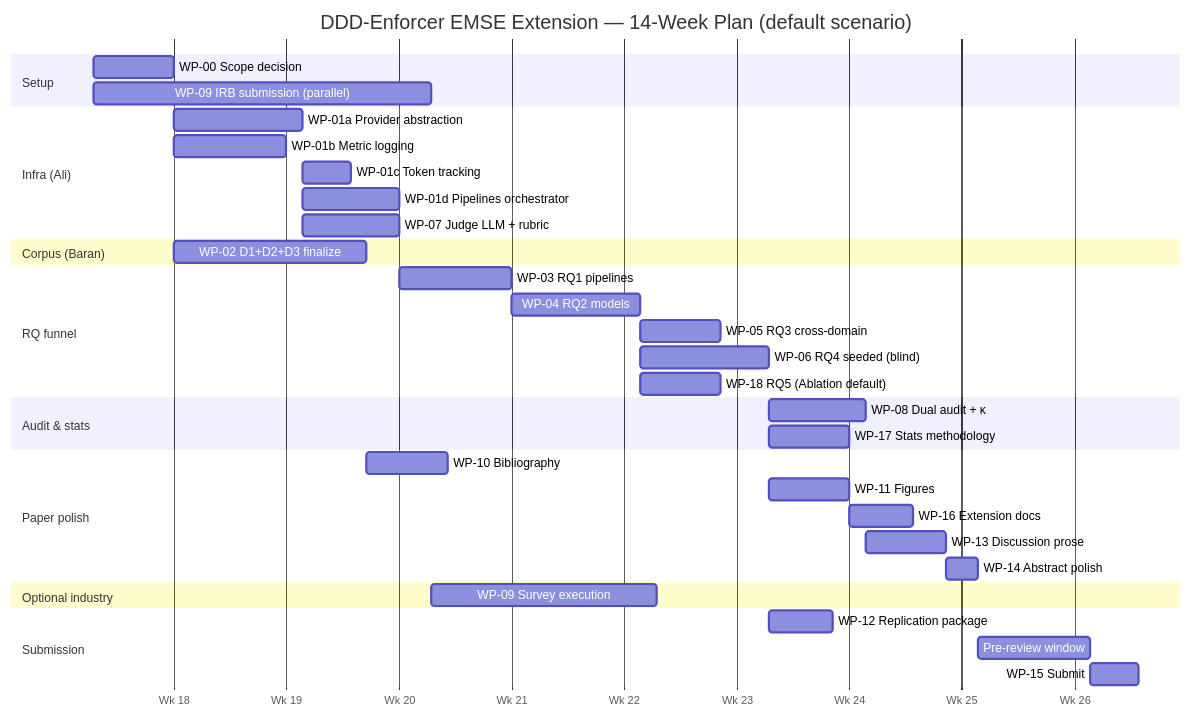
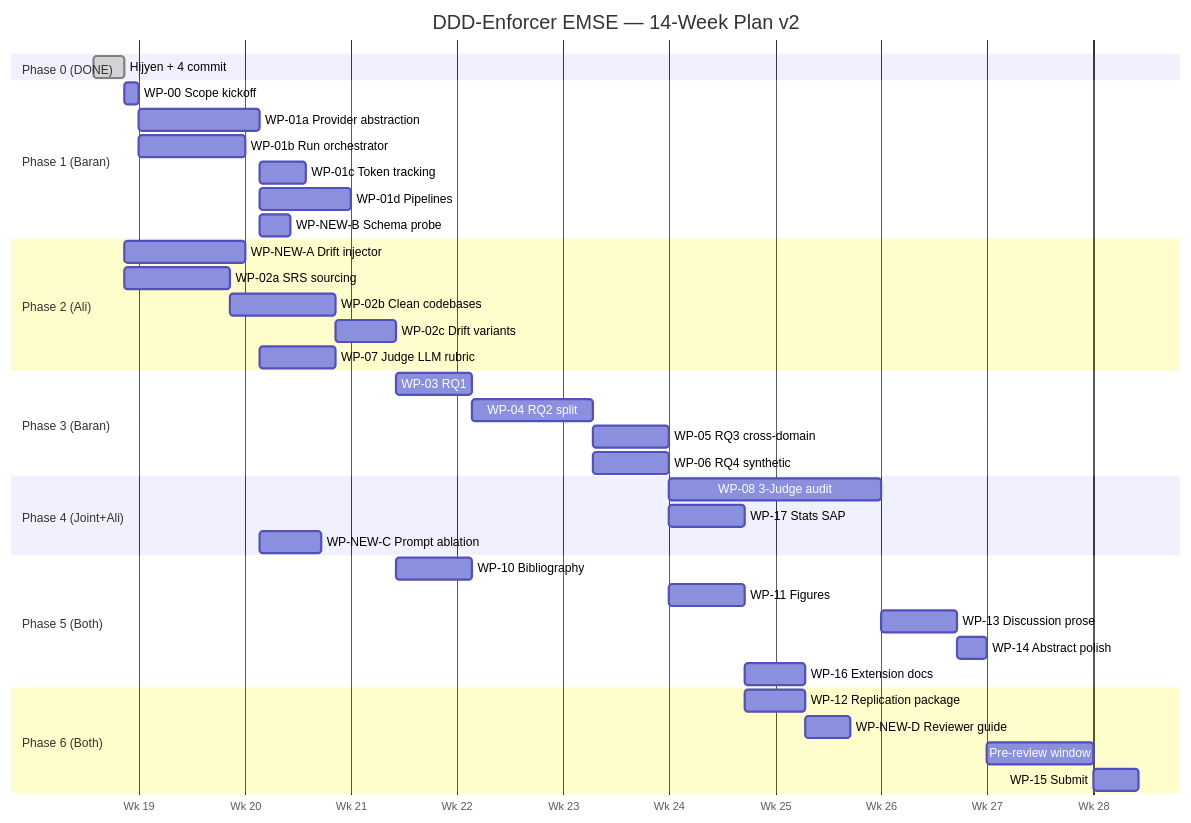
Before and after one commit to barandincoguz/DDD-Enforcer: the diagram in todos/INDEX.md, drawn with Mermaid. The commit also changed other lines of this file and 4 other files, not shown here.

````diff
--- a/todos/INDEX.md
+++ b/todos/INDEX.md
@@ -104,46 +115,48 @@
 ```mermaid
 gantt
-    title DDD-Enforcer EMSE Extension — 14-Week Plan (default scenario)
+    title DDD-Enforcer EMSE — 14-Week Plan v2
     dateFormat  YYYY-MM-DD
     axisFormat  Wk %V
 
-    section Setup
-    WP-00 Scope decision           :wp00, 2026-04-28, 5d
-    WP-09 IRB submission (parallel) :wp09a, 2026-04-28, 21d
+    section Phase 0 (DONE)
+    Hijyen + 4 commit            :done, p0, 2026-05-07, 2d
 
-    section Infra (Ali)
-    WP-01a Provider abstraction    :wp01a, after wp00, 8d
-    WP-01b Metric logging          :wp01b, after wp00, 7d
-    WP-01c Token tracking          :wp01c, after wp01a, 3d
-    WP-01d Pipelines orchestrator  :wp01d, after wp01a wp01b, 6d
-    WP-07 Judge LLM + rubric       :wp07, after wp01a, 6d
+    section Phase 1 (Baran)
+    WP-00 Scope kickoff          :wp00, 2026-05-09, 1d
+    WP-01a Provider abstraction  :wp01a, after wp00, 8d
+    WP-01b Run orchestrator      :wp01b, after wp00, 7d
+    WP-01c Token tracking        :wp01c, after wp01a, 3d
+    WP-01d Pipelines             :wp01d, after wp01a wp01b, 6d
+    WP-NEW-B Schema probe        :wpnewb, after wp01a, 2d
 
-    section Corpus (Baran)
-    WP-02 D1+D2+D3 finalize        :wp02, after wp00, 12d
+    section Phase 2 (Ali)
+    WP-NEW-A Drift injector      :wpnewa, 2026-05-09, 8d
+    WP-02a SRS sourcing          :wp02a, 2026-05-09, 7d
+    WP-02b Clean codebases       :wp02b, after wp02a, 7d
+    WP-02c Drift variants        :wp02c, after wp02b wpnewa, 4d
+    WP-07 Judge LLM rubric       :wp07, after wp01a, 5d
 
-    section RQ funnel
-    WP-03 RQ1 pipelines            :wp03, after wp01d wp07 wp02, 7d
-    WP-04 RQ2 models               :wp04, after wp03, 8d
-    WP-05 RQ3 cross-domain         :wp05, after wp04, 5d
-    WP-06 RQ4 seeded (blind)       :wp06, after wp04, 8d
-    WP-18 RQ5 (Ablation default)   :wp18, after wp04, 5d
+    section Phase 3 (Baran)
+    WP-03 RQ1                    :wp03, after wp01d wp07 wp02c, 5d
+    WP-04 RQ2 split              :wp04, after wp03, 8d
+    WP-05 RQ3 cross-domain       :wp05, after wp04, 5d
+    WP-06 RQ4 synthetic          :wp06, after wp04 wpnewa, 5d
 
-    section Audit & stats
-    WP-08 Dual audit + κ           :wp08, after wp03 wp04 wp05 wp06, 6d
-    WP-17 Stats methodology        :wp17, after wp03 wp04 wp05 wp06, 5d
+    section Phase 4 (Joint+Ali)
+    WP-08 3-Judge audit          :wp08, after wp03 wp04 wp05 wp06, 14d
+    WP-17 Stats SAP              :wp17, after wp03 wp04 wp05 wp06, 5d
+    WP-NEW-C Prompt ablation     :wpnewc, after wp01a, 4d
 
-    section Paper polish
-    WP-10 Bibliography             :wp10, after wp02, 5d
-    WP-11 Figures                  :wp11, after wp04 wp06, 5d
-    WP-16 Extension docs           :wp16, after wp11, 4d
-    WP-13 Discussion prose         :wp13, after wp08 wp17 wp18, 5d
-    WP-14 Abstract polish          :wp14, after wp13, 2d
+    section Phase 5 (Both)
+    WP-10 Bibliography           :wp10, after wp02c, 5d
+    WP-11 Figures                :wp11, after wp04 wp06, 5d
+    WP-13 Discussion prose       :wp13, after wp08 wp17, 5d
+    WP-14 Abstract polish        :wp14, after wp13, 2d
+    WP-16 Extension docs         :wp16, after wp11, 4d
 
-    section Optional industry
-    WP-09 Survey execution         :wp09b, after wp09a, 14d
-
-    section Submission
-    WP-12 Replication package      :wp12, after wp06 wp18, 4d
-    Pre-review window              :prereview, after wp14 wp10 wp16 wp12, 7d
-    WP-15 Submit                   :wp15, after prereview, 3d
+    section Phase 6 (Both)
+    WP-12 Replication package    :wp12, after wp06 wp17, 4d
+    WP-NEW-D Reviewer guide      :wpnewd, after wp12, 3d
+    Pre-review window            :prereview, after wp14 wp10 wp16 wpnewd, 7d
+    WP-15 Submit                 :wp15, after prereview, 3d
 ```
````
